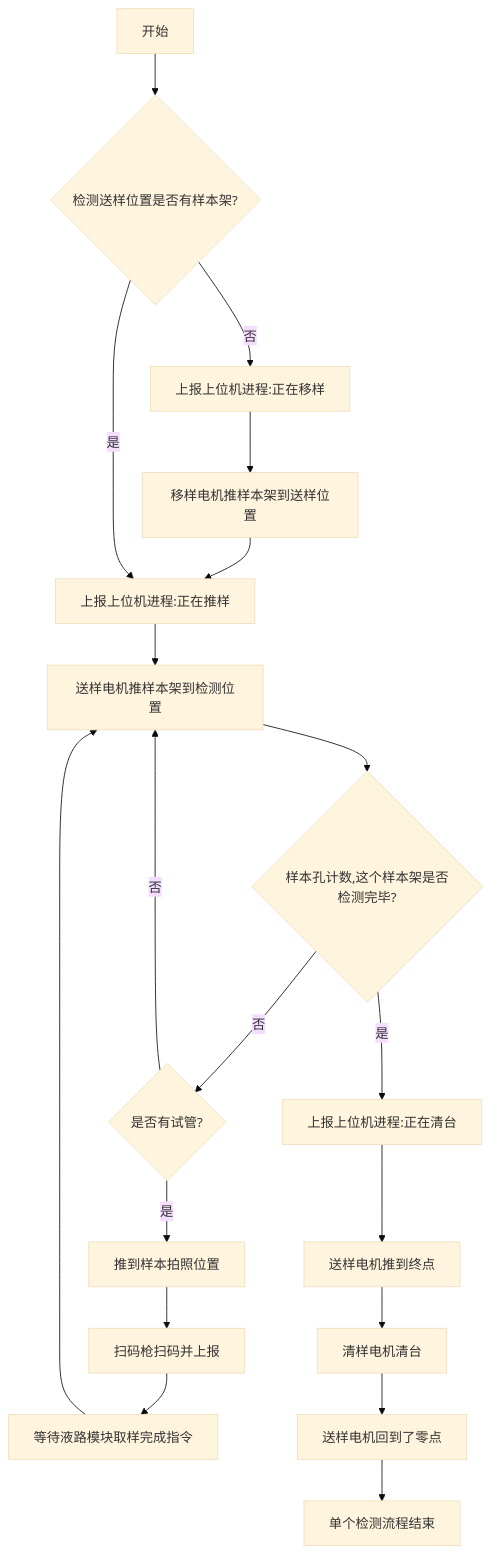
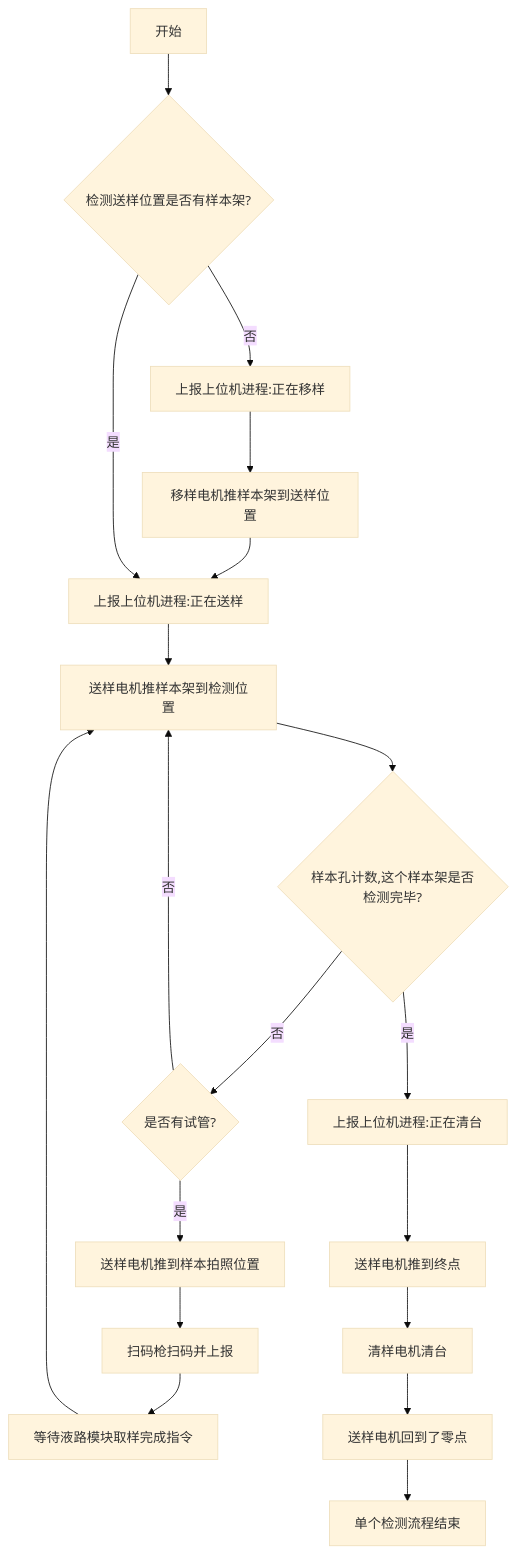
The third of 3 diagrams in 移送样模块.md (darwinstudio/test), drawn with Mermaid (base theme) before and after one commit. The commit also changed other lines of this file, not shown here.

```diff
--- a/移送样模块.md
+++ b/移送样模块.md
@@ -127,8 +123,8 @@
 ~~~mermaid
 graph TD
-开始-->checkrude?{检测送样位置是否有样本架?}--否-->上报上位机进程:正在移样-->移样电机推样本架到送样位置-->上报上位机进程:正在推样-->pushtube[送样电机推样本架到检测位置];
-isover?--否-->checktube?{是否有试管?}--是-->推到样本拍照位置-->扫码枪扫码并上报-->等待液路模块取样完成指令-->pushtube;
-checkrude?--是-->上报上位机进程:正在推样;
+开始-->checkrude?{检测送样位置是否有样本架?}--否-->上报上位机进程:正在移样-->移样电机推样本架到送样位置-->上报上位机进程:正在送样-->pushtube[送样电机推样本架到检测位置];
+isover?--否-->checktube?{是否有试管?}--是-->送样电机推到样本拍照位置-->扫码枪扫码并上报-->等待液路模块取样完成指令-->pushtube;
+checkrude?--是-->上报上位机进程:正在送样;
 checktube?--否-->pushtube;
 pushtube-->isover?{样本孔计数,这个样本架是否检测完毕?}--是-->上报上位机进程:正在清台-->送样电机推到终点-->清样电机清台-->送样电机回到了零点-->单个检测流程结束
 ~~~
```
